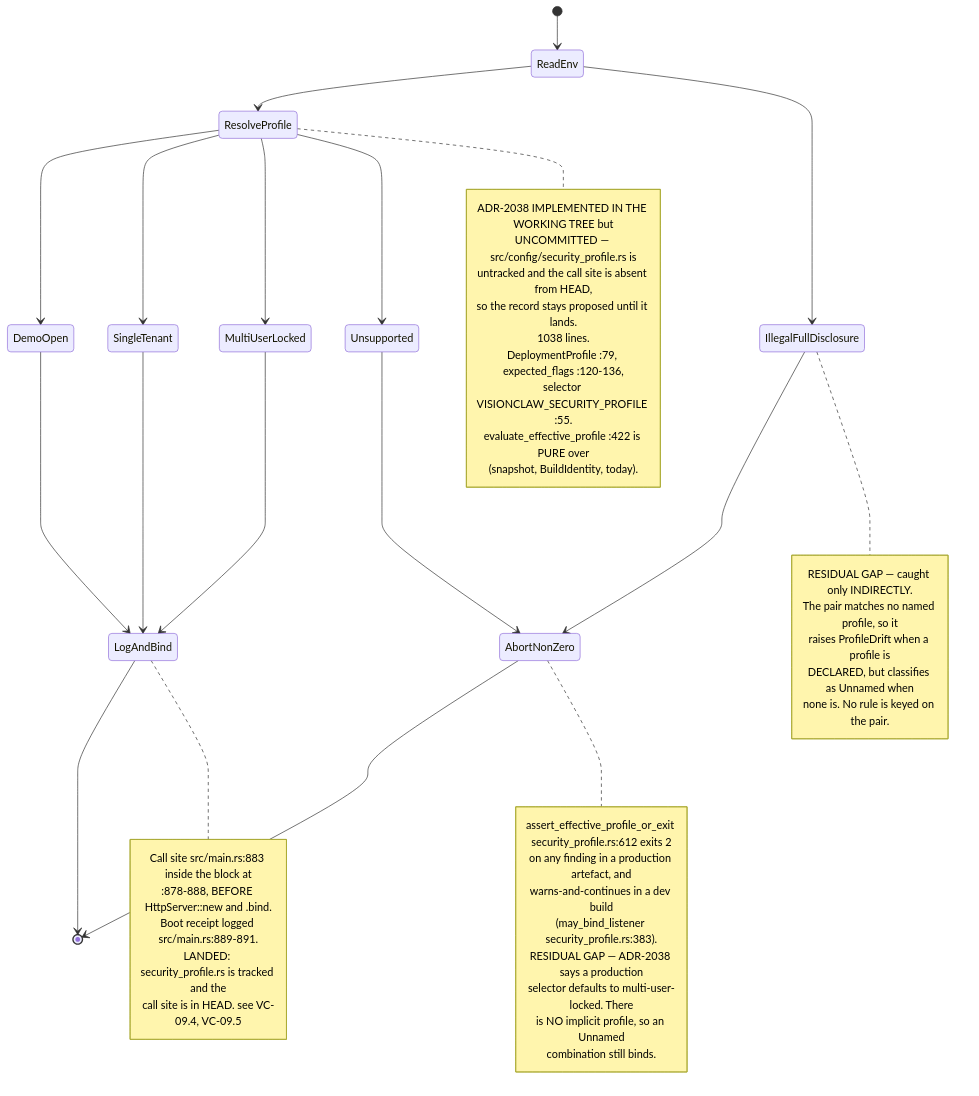
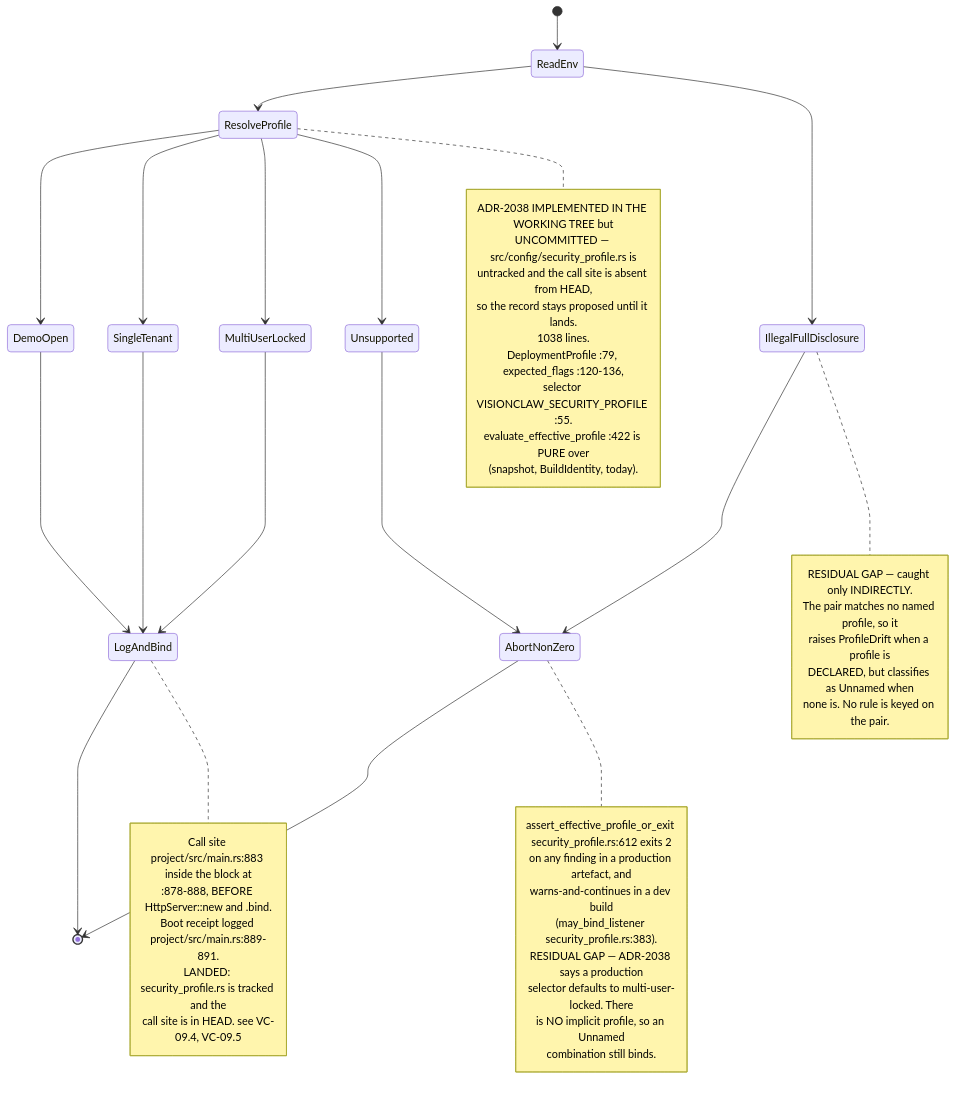
Before and after one commit to DreamLab-AI/VisionFlow: the seventh of 10 diagrams in docs/diagrams/estate/10-deployment-and-security-profiles.md, drawn with Mermaid. The commit also changed other lines of this file and 185 other files, not shown here.

Commit message:
docs(estate): reconcile diagrams and ADRs with source and define closeout sprint

````diff
--- a/docs/diagrams/estate/10-deployment-and-security-profiles.md
+++ b/docs/diagrams/estate/10-deployment-and-security-profiles.md
@@ -252,53 +257,53 @@
 ```mermaid
 stateDiagram-v2
     [*] --> ReadEnv
     ReadEnv --> ResolveProfile
     ResolveProfile --> DemoOpen
     ResolveProfile --> SingleTenant
     ResolveProfile --> MultiUserLocked
     ResolveProfile --> Unsupported
     DemoOpen --> LogAndBind
     SingleTenant --> LogAndBind
     MultiUserLocked --> LogAndBind
     Unsupported --> AbortNonZero
     ReadEnv --> IllegalFullDisclosure
     IllegalFullDisclosure --> AbortNonZero
     LogAndBind --> [*]
     AbortNonZero --> [*]
 
     note right of ResolveProfile
         ADR-2038 IMPLEMENTED IN THE WORKING TREE but
         UNCOMMITTED — src/config/security_profile.rs is
         untracked and the call site is absent from HEAD,
         so the record stays proposed until it lands.
         1038 lines.
         DeploymentProfile :79, expected_flags :120-136,
         selector VISIONCLAW_SECURITY_PROFILE :55.
         evaluate_effective_profile :422 is PURE over
         (snapshot, BuildIdentity, today).
     end note
     note right of IllegalFullDisclosure
         RESIDUAL GAP — caught only INDIRECTLY.
         The pair matches no named profile, so it
         raises ProfileDrift when a profile is
         DECLARED, but classifies as Unnamed when
         none is. No rule is keyed on the pair.
     end note
     note right of AbortNonZero
         assert_effective_profile_or_exit security_profile.rs:612 exits 2
         on any finding in a production artefact, and
         warns-and-continues in a dev build
         (may_bind_listener security_profile.rs:383).
         RESIDUAL GAP — ADR-2038 says a production
         selector defaults to multi-user-locked. There
         is NO implicit profile, so an Unnamed
         combination still binds.
     end note
     note right of LogAndBind
-        Call site src/main.rs:883 inside the block at
+        Call site project/src/main.rs:883 inside the block at
         :878-888, BEFORE HttpServer::new and .bind.
-        Boot receipt logged src/main.rs:889-891.
+        Boot receipt logged project/src/main.rs:889-891.
         LANDED: security_profile.rs is tracked and the
         call site is in HEAD. see VC-09.4, VC-09.5
     end note
 ```
````
